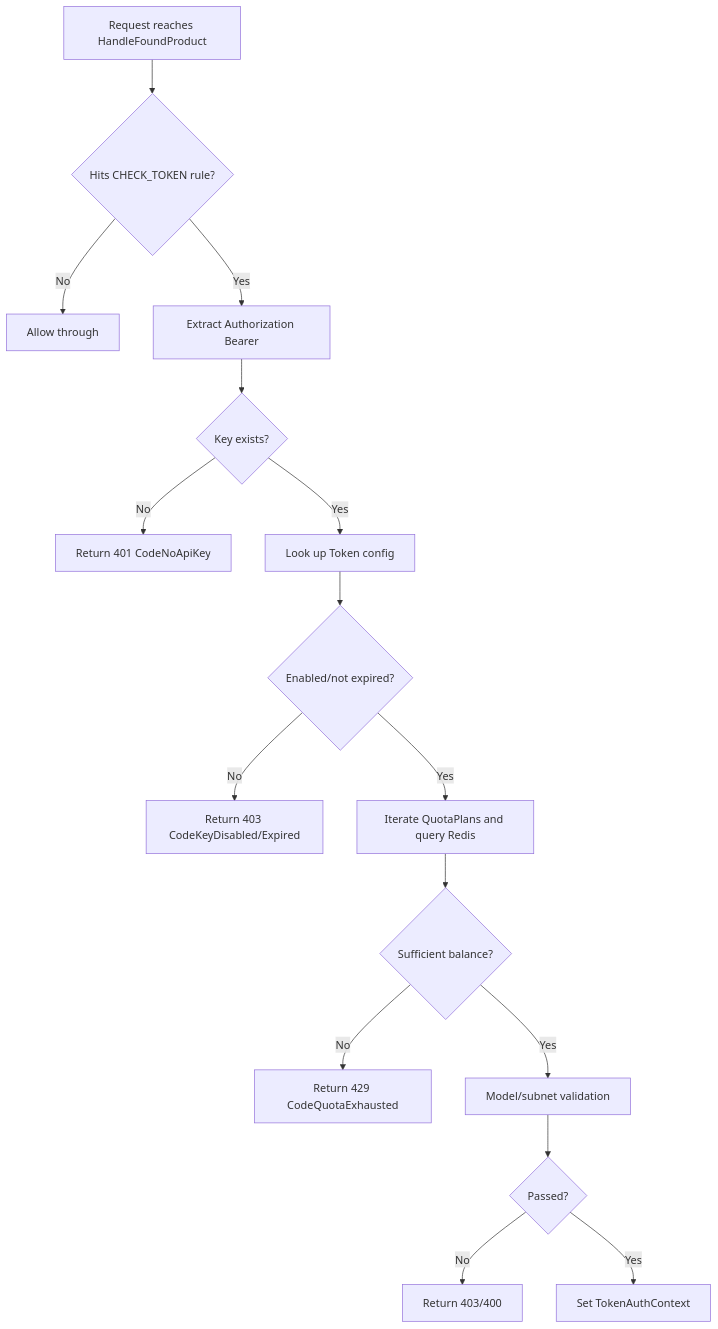
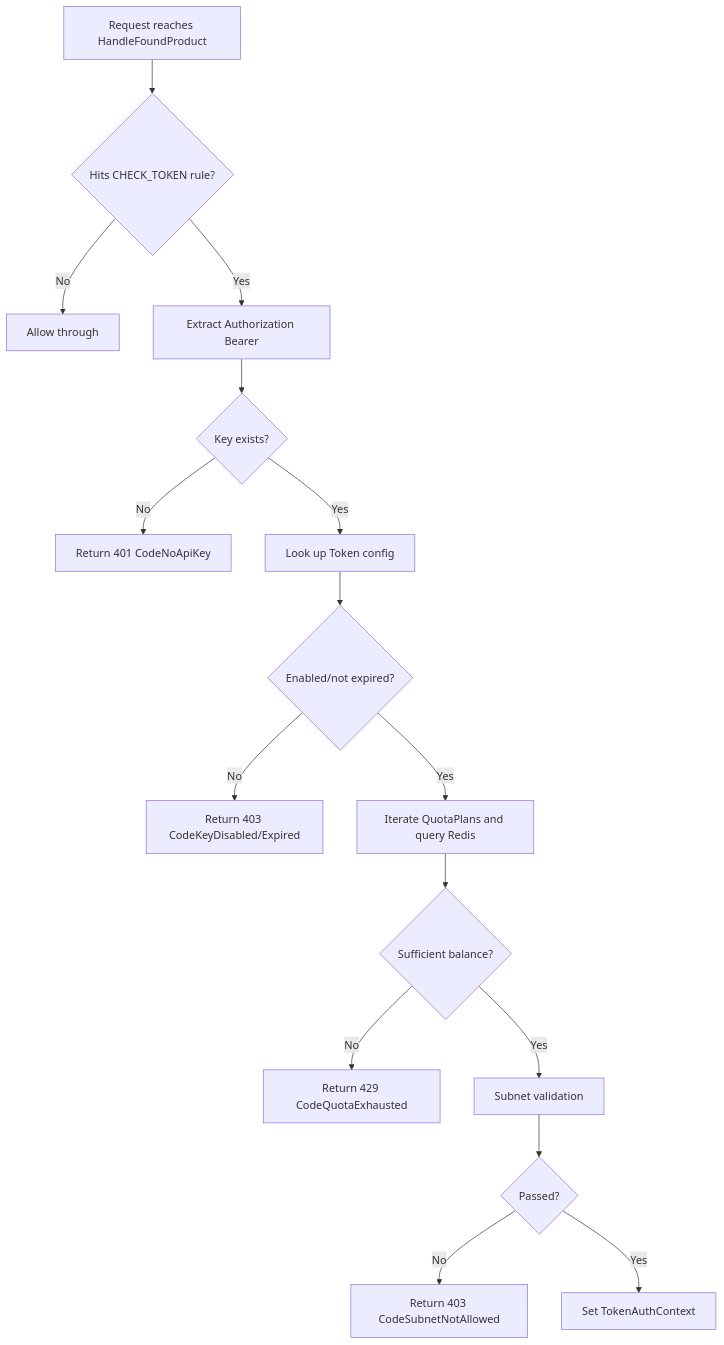
The second of 3 diagrams in en_us/implementation/chapter32-mod-ai-token-auth.md (mileszhang2016/rainway-book), drawn with Mermaid before and after one commit. The commit also changed other lines of this file and 55 other files, not shown here.

````diff
--- a/en_us/implementation/chapter32-mod-ai-token-auth.md
+++ b/en_us/implementation/chapter32-mod-ai-token-auth.md
@@ -126,18 +133,18 @@
 ```mermaid
 flowchart TD
     A[Request reaches HandleFoundProduct] --> B{Hits CHECK_TOKEN rule?}
     B -->|No| C[Allow through]
     B -->|Yes| D[Extract Authorization Bearer]
     D --> E{Key exists?}
     E -->|No| F[Return 401 CodeNoApiKey]
     E -->|Yes| G[Look up Token config]
     G --> H{Enabled/not expired?}
     H -->|No| I[Return 403 CodeKeyDisabled/Expired]
     H -->|Yes| J[Iterate QuotaPlans and query Redis]
     J --> K{Sufficient balance?}
     K -->|No| L[Return 429 CodeQuotaExhausted]
-    K -->|Yes| M[Model/subnet validation]
+    K -->|Yes| M[Subnet validation]
     M --> N{Passed?}
-    N -->|No| O[Return 403/400]
+    N -->|No| O[Return 403 CodeSubnetNotAllowed]
     N -->|Yes| P[Set TokenAuthContext]
 ```
````
